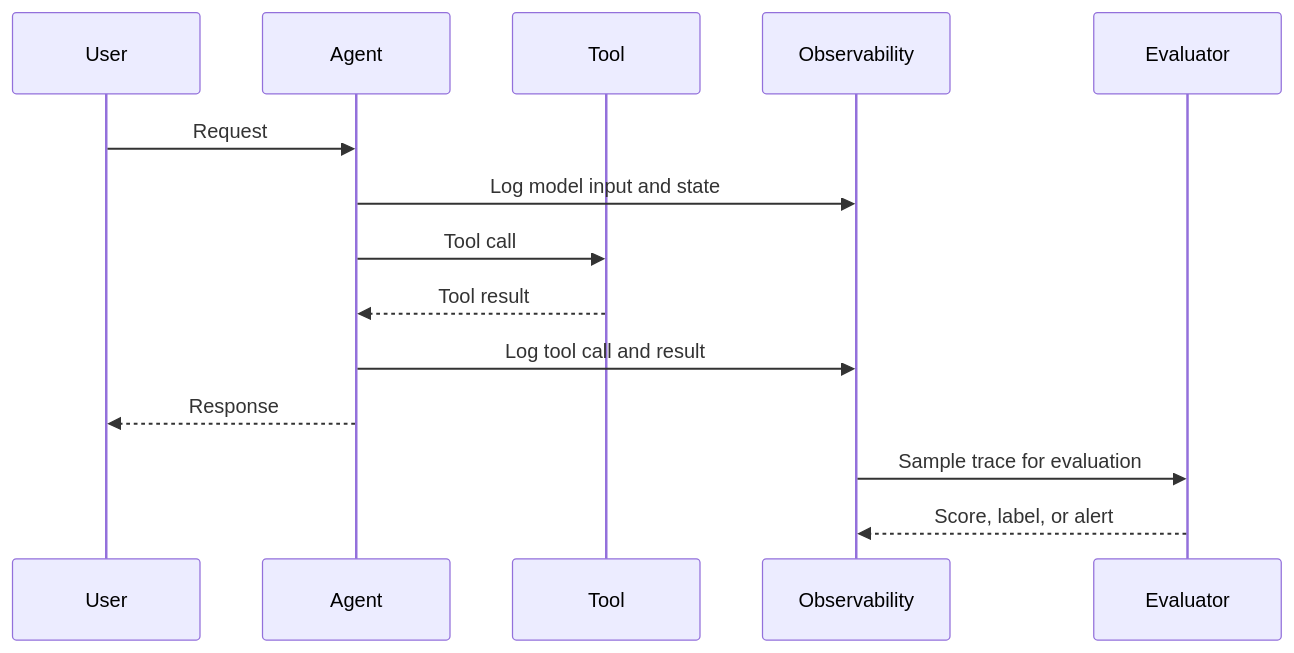
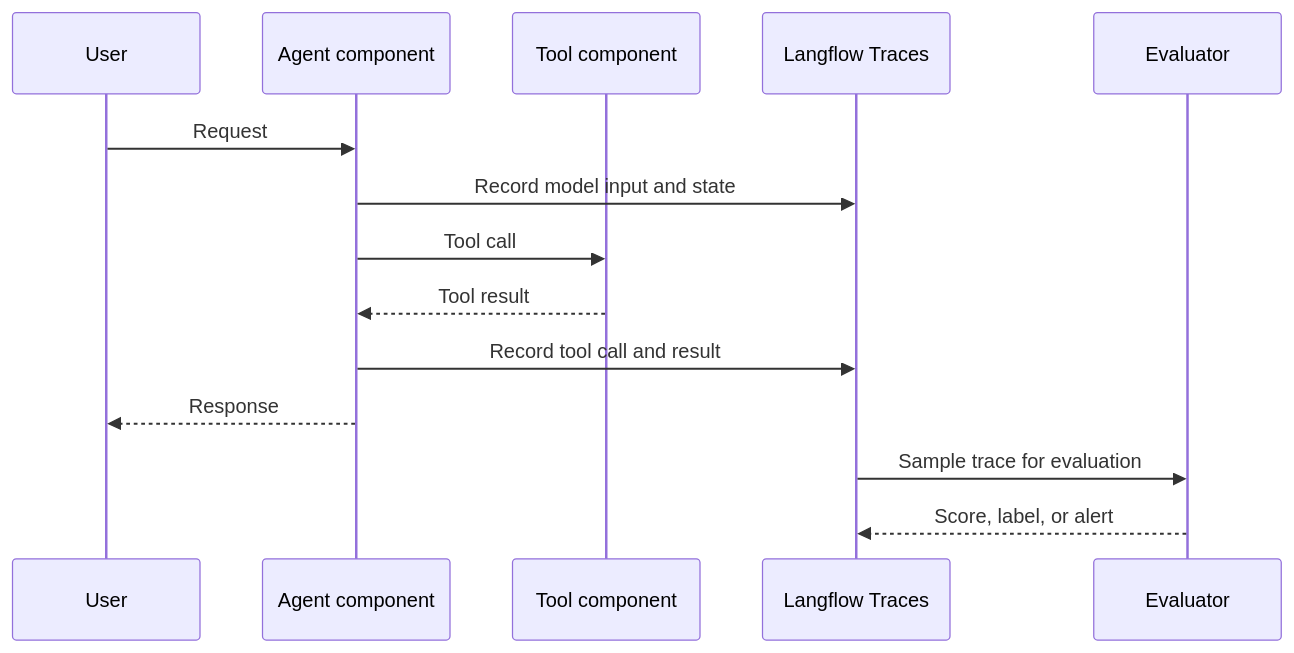
Before and after one commit to naren-allam/agents-beginners: the ninth of 14 diagrams in book/chapters/chapter-04-ensuring-safe-and-responsible-agentic-ai.md, drawn with Mermaid. The commit also changed other lines of this file and 28 other files, not shown here.

````diff
--- a/book/chapters/chapter-04-ensuring-safe-and-responsible-agentic-ai.md
+++ b/book/chapters/chapter-04-ensuring-safe-and-responsible-agentic-ai.md
@@ -269,17 +270,17 @@
 ```mermaid
 sequenceDiagram
     participant U as User
-    participant A as Agent
-    participant T as Tool
-    participant O as Observability
+    participant A as Agent component
+    participant T as Tool component
+    participant O as Langflow Traces
     participant E as Evaluator
 
     U->>A: Request
-    A->>O: Log model input and state
+    A->>O: Record model input and state
     A->>T: Tool call
     T-->>A: Tool result
-    A->>O: Log tool call and result
+    A->>O: Record tool call and result
     A-->>U: Response
     O->>E: Sample trace for evaluation
     E-->>O: Score, label, or alert
 ```
````
